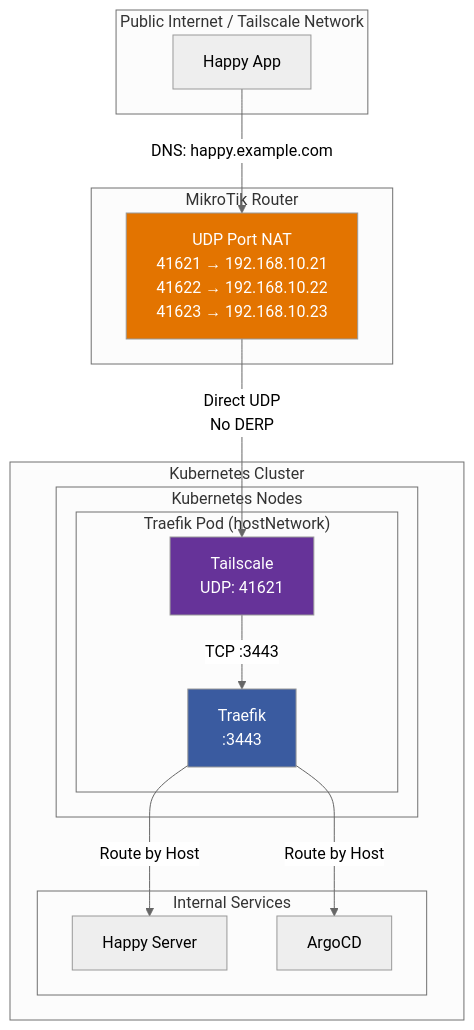
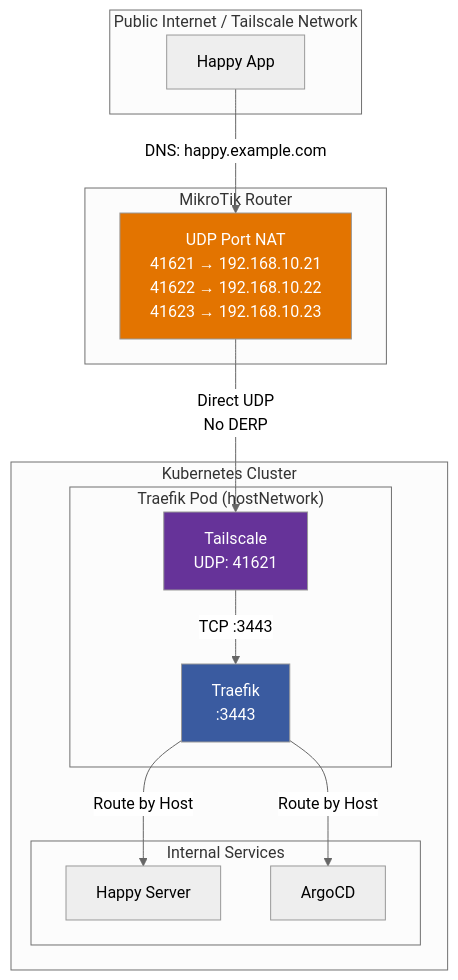
Before and after one commit to denysvitali/denvit-blog: the first of 2 diagrams in content/posts/tailscale-traefik-private-ca.md, drawn with Mermaid (neutral theme).

Commit message:
docs: remove Kubernetes Nodes from architecture diagram
Simplify the diagram by removing the redundant Nodes layer.

🤖 Generated with [Claude Code](https://claude.ai/code)

````diff
--- a/content/posts/tailscale-traefik-private-ca.md
+++ b/content/posts/tailscale-traefik-private-ca.md
@@ -38,37 +38,35 @@
 ```mermaid
 flowchart TB
     subgraph Internet["Public Internet / Tailscale Network"]
         Client["Happy App"]
     end
 
     subgraph Router["MikroTik Router"]
         NAT["UDP Port NAT\n41621 → 192.168.10.21\n41622 → 192.168.10.22\n41623 → 192.168.10.23"]
     end
 
     subgraph K8s["Kubernetes Cluster"]
-        subgraph Nodes["Kubernetes Nodes"]
-            subgraph TraefikPod["Traefik Pod (hostNetwork)"]
-                TS["Tailscale\nUDP: 41621"]
-                Traefik["Traefik\n:3443"]
-            end
+        subgraph TraefikPod["Traefik Pod (hostNetwork)"]
+            TS["Tailscale\nUDP: 41621"]
+            Traefik["Traefik\n:3443"]
         end
 
         subgraph Cluster["Internal Services"]
             Happy["Happy Server"]
             ArgoCD["ArgoCD"]
         end
     end
 
     Client -->|"DNS: happy.example.com"| NAT
     NAT -->|"Direct UDP\nNo DERP"| TS
     TS -->|"TCP :3443"| Traefik
     Traefik -->|"Route by Host"| Happy
     Traefik -->|"Route by Host"| ArgoCD
 
     classDef tailscale fill:#663399,color:#fff
     classDef traefik fill:#3A5BA0,color:#fff
     classDef router fill:#E37400,color:#fff
     class TS tailscale
     class Traefik traefik
     class NAT router
 ```
````
